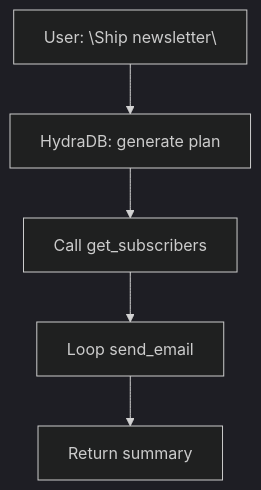
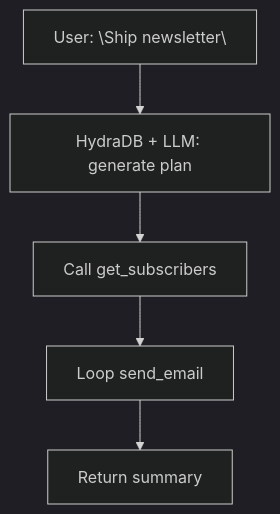
Before and after one commit to hydra-db/mintlify-docs: the second of 2 diagrams in cookbooks/v2/ai-chief-of-staff.mdx, drawn with Mermaid (dark theme). The commit also changed other lines of this file and 12 other files, not shown here.

````diff
--- a/cookbooks/v2/ai-chief-of-staff.mdx
+++ b/cookbooks/v2/ai-chief-of-staff.mdx
@@ -325,7 +320,7 @@
 ```mermaid
 flowchart TD
-  A["User: \"Ship newsletter\""] --> B[HydraDB: generate plan]
+  A["User: \"Ship newsletter\""] --> B["HydraDB + LLM: generate plan"]
   B --> C[Call get_subscribers]
   C --> D[Loop send_email]
   D --> E[Return summary]
 ```
````
